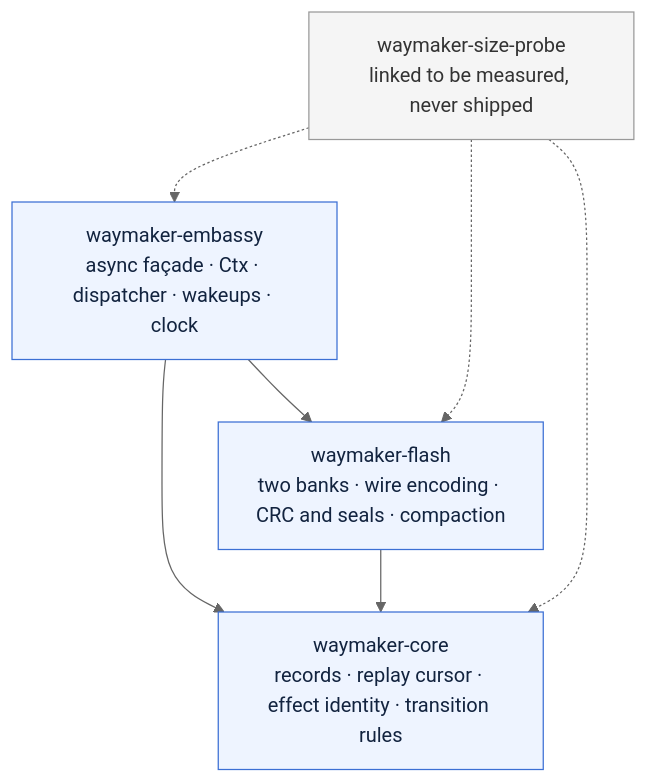
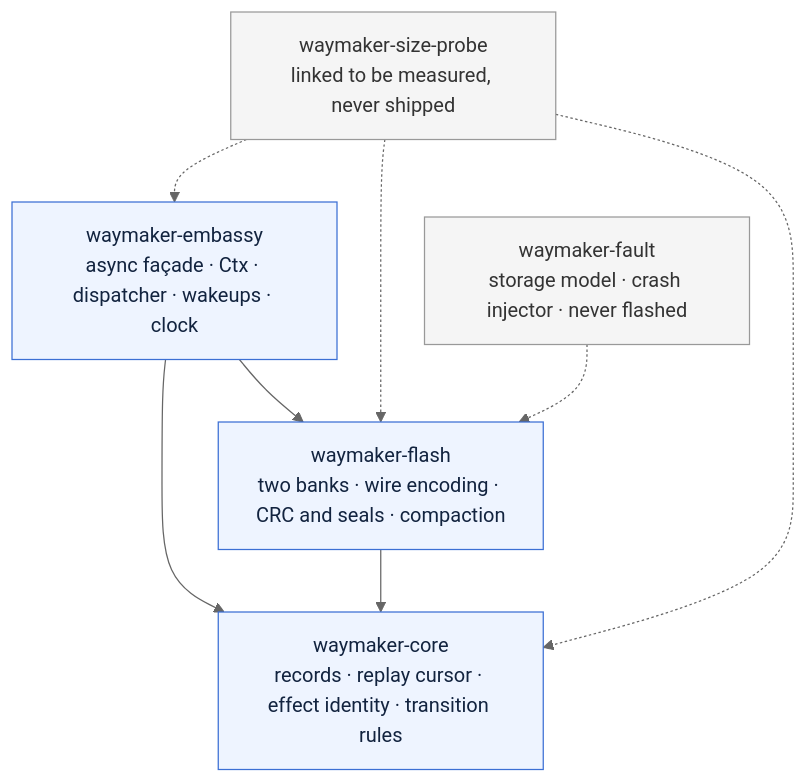
The first of 8 diagrams in docs/architecture.md (madmax983/waymaker), drawn with Mermaid (neutral theme) before and after one commit. The commit also changed other lines of this file and 29 other files, not shown here.

First line of the commit message:
In-memory storage model and crash injector, and the §12 storage contract it needs (#18) (#63)

````diff
--- a/docs/architecture.md
+++ b/docs/architecture.md
@@ -42,20 +45,22 @@
 ```mermaid
 graph TD
   waymaker-embassy["waymaker-embassy<br/>async façade · Ctx · dispatcher · wakeups · clock"]
   waymaker-flash["waymaker-flash<br/>two banks · wire encoding · CRC and seals · compaction"]
   waymaker-core["waymaker-core<br/>records · replay cursor · effect identity · transition rules"]
   waymaker-size-probe["waymaker-size-probe<br/>linked to be measured, never shipped"]
+  waymaker-fault["waymaker-fault<br/>storage model · crash injector · never flashed"]
 
   waymaker-embassy --> waymaker-core
   waymaker-embassy --> waymaker-flash
   waymaker-flash --> waymaker-core
 
   waymaker-size-probe -.-> waymaker-embassy
   waymaker-size-probe -.-> waymaker-flash
   waymaker-size-probe -.-> waymaker-core
+  waymaker-fault -.-> waymaker-flash
 
   classDef layer fill:#eef4ff,stroke:#3b6fd4,color:#12233f;
   classDef tool fill:#f5f5f5,stroke:#999999,color:#333333;
   class waymaker-embassy,waymaker-flash,waymaker-core layer;
-  class waymaker-size-probe tool;
+  class waymaker-size-probe,waymaker-fault tool;
 ```
````
